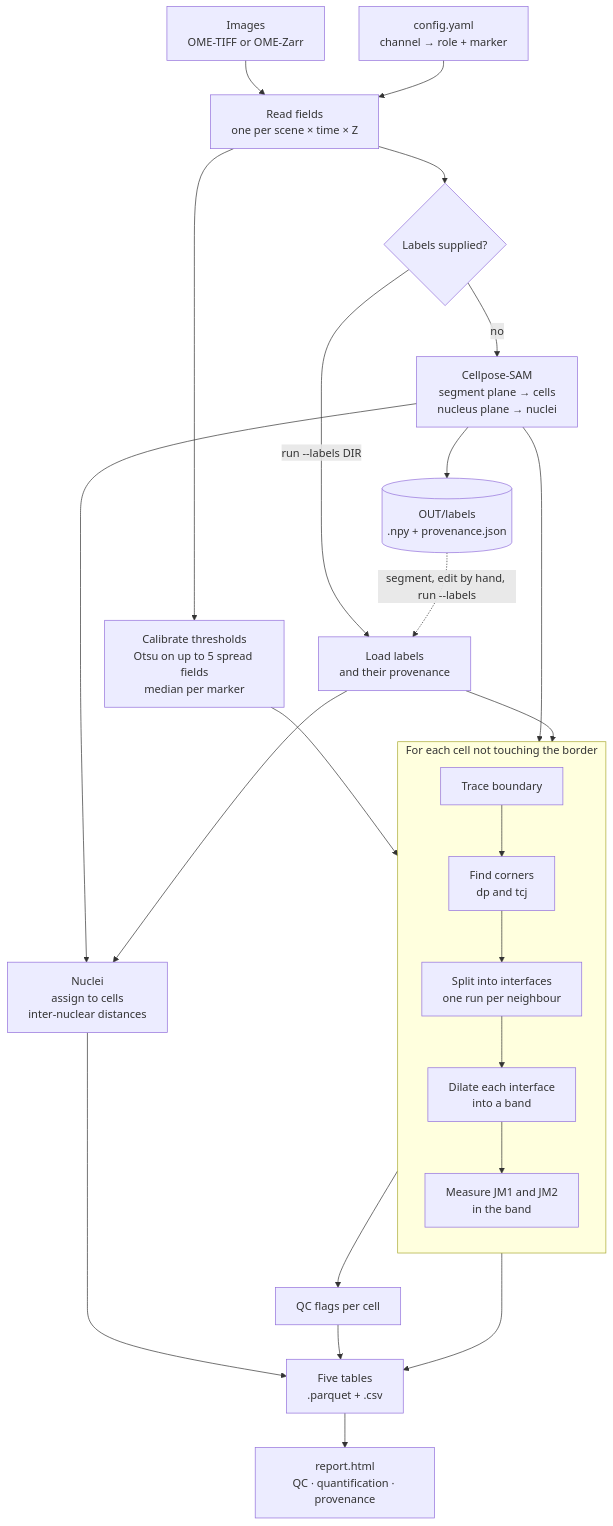
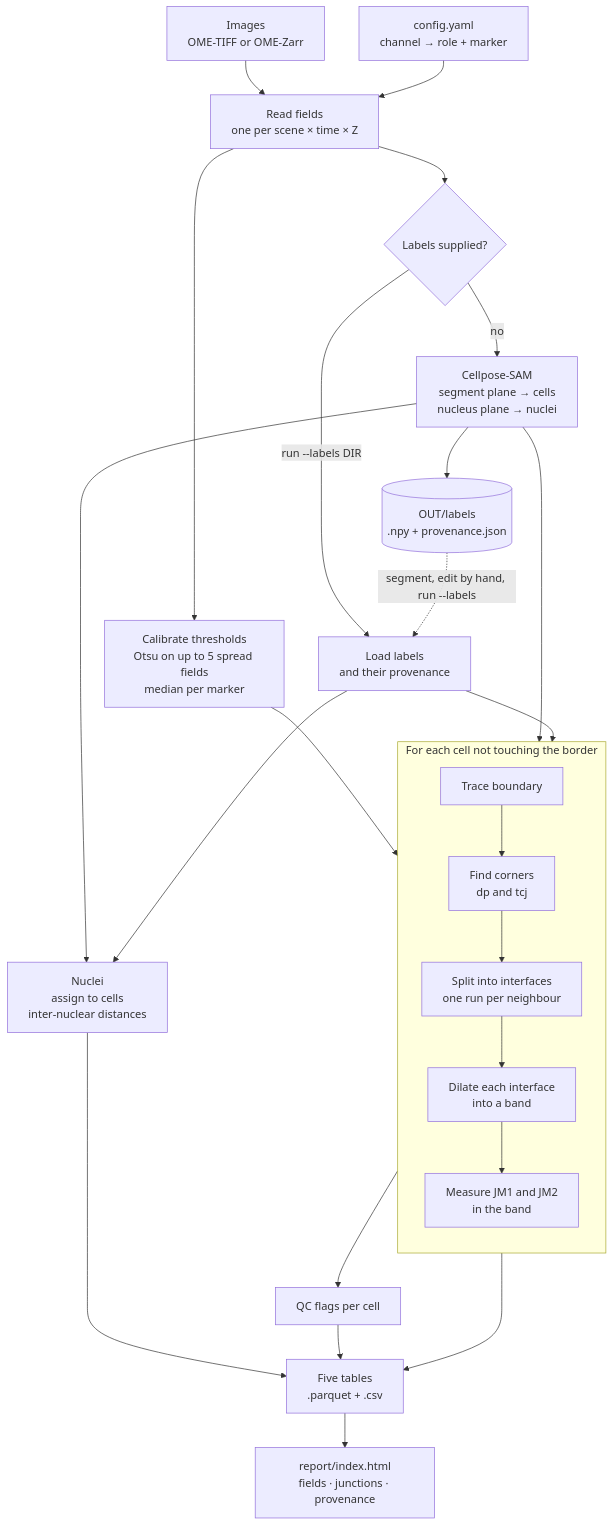
The diagram in README.md (bts76-pitt/junctionmapper), drawn with Mermaid before and after one commit. The commit also changed other lines of this file and 18 other files, not shown here.

First line of the commit message:
feat(report): provenance and help; retire the static report

````diff
--- a/README.md
+++ b/README.md
@@ -52,36 +52,36 @@
 ```mermaid
 flowchart TD
     IMG["Images<br/>OME-TIFF or OME-Zarr"] --> READ
     CFG["config.yaml<br/>channel → role + marker"] --> READ
     READ["Read fields<br/>one per scene × time × Z"] --> CAL
     READ --> SEG
 
     CAL["Calibrate thresholds<br/>Otsu on up to 5 spread fields<br/>median per marker"]
 
     SEG{"Labels supplied?"}
     SEG -->|no| CP["Cellpose-SAM<br/>segment plane → cells<br/>nucleus plane → nuclei"]
     SEG -->|run --labels DIR| LOAD["Load labels<br/>and their provenance"]
     CP --> LBL[("OUT/labels<br/>.npy + provenance.json")]
     LBL -.->|segment, edit by hand, run --labels| LOAD
 
     CP --> CELL
     LOAD --> CELL
 
     subgraph CELL ["For each cell not touching the border"]
         direction TB
         TR["Trace boundary"] --> CO["Find corners<br/>dp and tcj"]
         CO --> IF["Split into interfaces<br/>one run per neighbour"]
         IF --> BAND["Dilate each interface<br/>into a band"]
         BAND --> MET["Measure JM1 and JM2<br/>in the band"]
     end
 
     CAL --> MET
     CP --> NUC["Nuclei<br/>assign to cells<br/>inter-nuclear distances"]
     LOAD --> NUC
     MET --> QC["QC flags per cell"]
 
     MET --> OUT
     NUC --> OUT
     QC --> OUT
-    OUT["Five tables<br/>.parquet + .csv"] --> REP["report.html<br/>QC · quantification · provenance"]
+    OUT["Five tables<br/>.parquet + .csv"] --> REP["report/index.html<br/>fields · junctions · provenance"]
 ```
````
